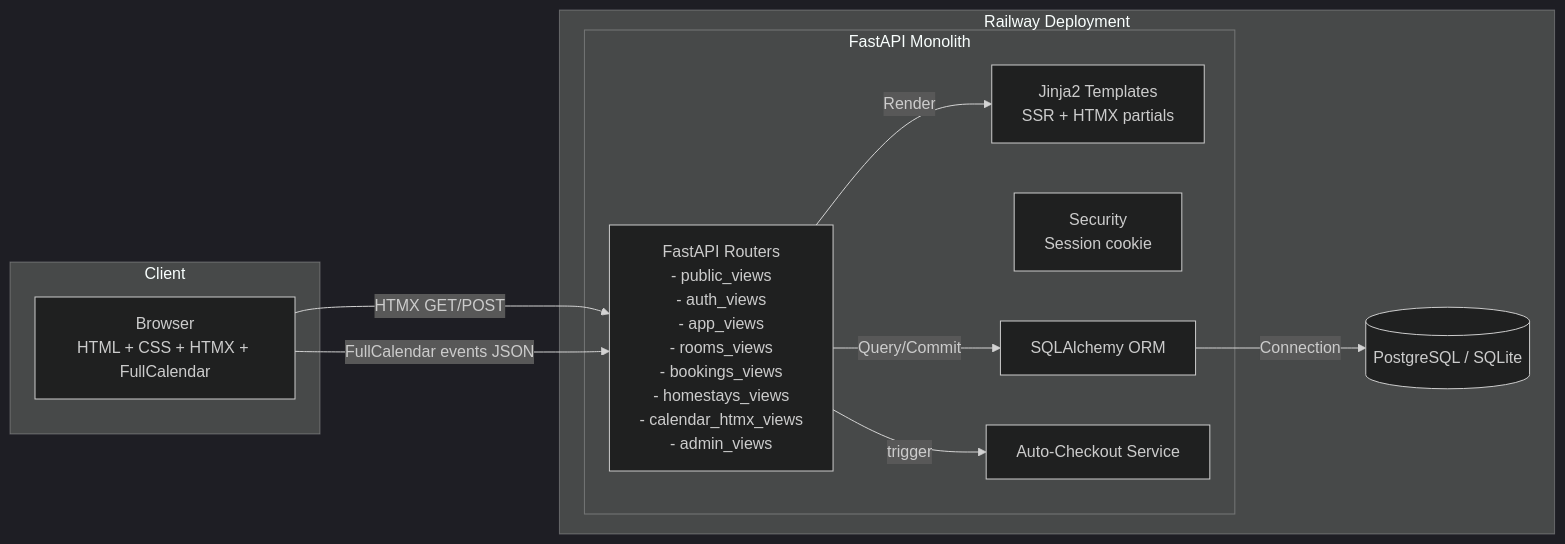
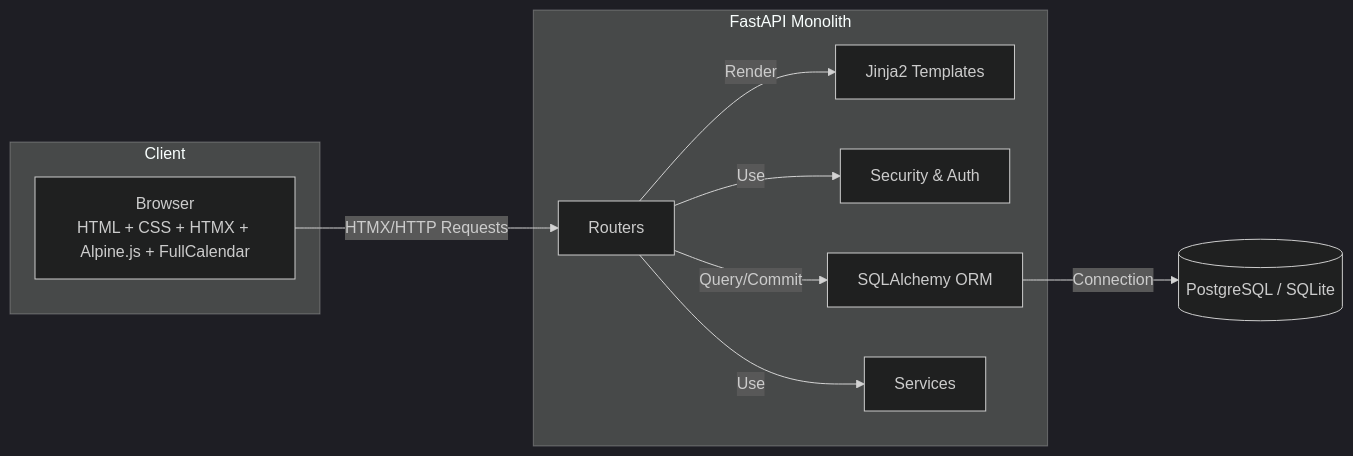
The first of 2 diagrams in README.md (netfirms/staycal), drawn with Mermaid (dark theme) before and after one commit. The commit also changed other lines of this file, not shown here.

````diff
--- a/README.md
+++ b/README.md
@@ -73,25 +65,23 @@
 ```mermaid
 flowchart LR
   subgraph Client
-    A[Browser\nHTML + CSS + HTMX + FullCalendar]
+    A[Browser\nHTML + CSS + HTMX + Alpine.js + FullCalendar]
   end
 
-  subgraph Railway[Railway Deployment]
-    subgraph App[FastAPI Monolith]
-      B[FastAPI Routers\n- public_views\n- auth_views\n- app_views\n- rooms_views\n- bookings_views\n- homestays_views\n- calendar_htmx_views\n- admin_views]
-      C[Jinja2 Templates\nSSR + HTMX partials]
-      D[Security\nSession cookie]
-      E[SQLAlchemy ORM]
-      G[Auto-Checkout Service]
-    end
-
-    F[(PostgreSQL / SQLite)]
+  subgraph Server[FastAPI Monolith]
+    B[Routers]
+    C[Jinja2 Templates]
+    D[Security & Auth]
+    E[SQLAlchemy ORM]
+    G[Services]
   end
 
-  A -- HTMX GET/POST --> B
-  A -- FullCalendar events JSON --> B
+  F[(PostgreSQL / SQLite)]
+
+  A -- HTMX/HTTP Requests --> B
   B -- Render --> C
+  B -- Use --> D
+  B -- Use --> G
   B -- Query/Commit --> E
   E -- Connection --> F
-  B -- trigger --> G
 ```
````
